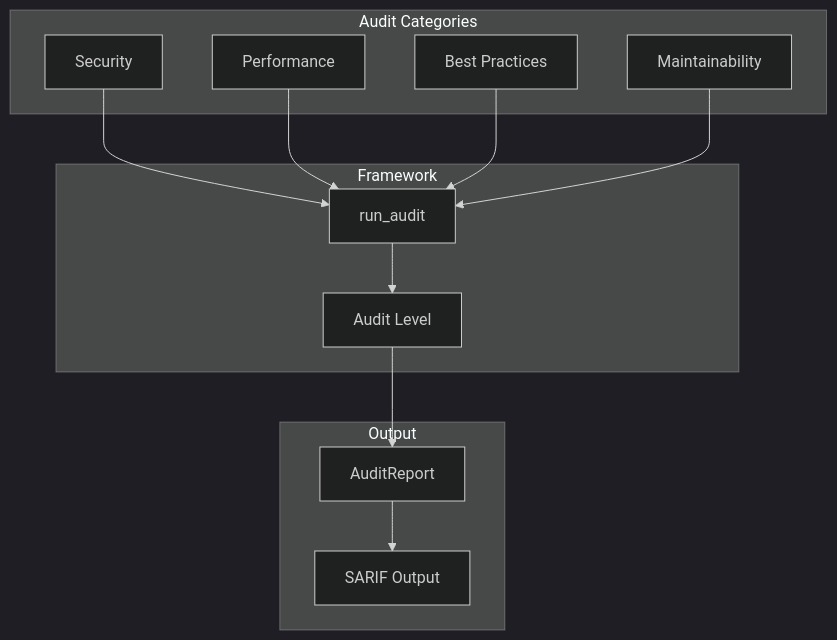
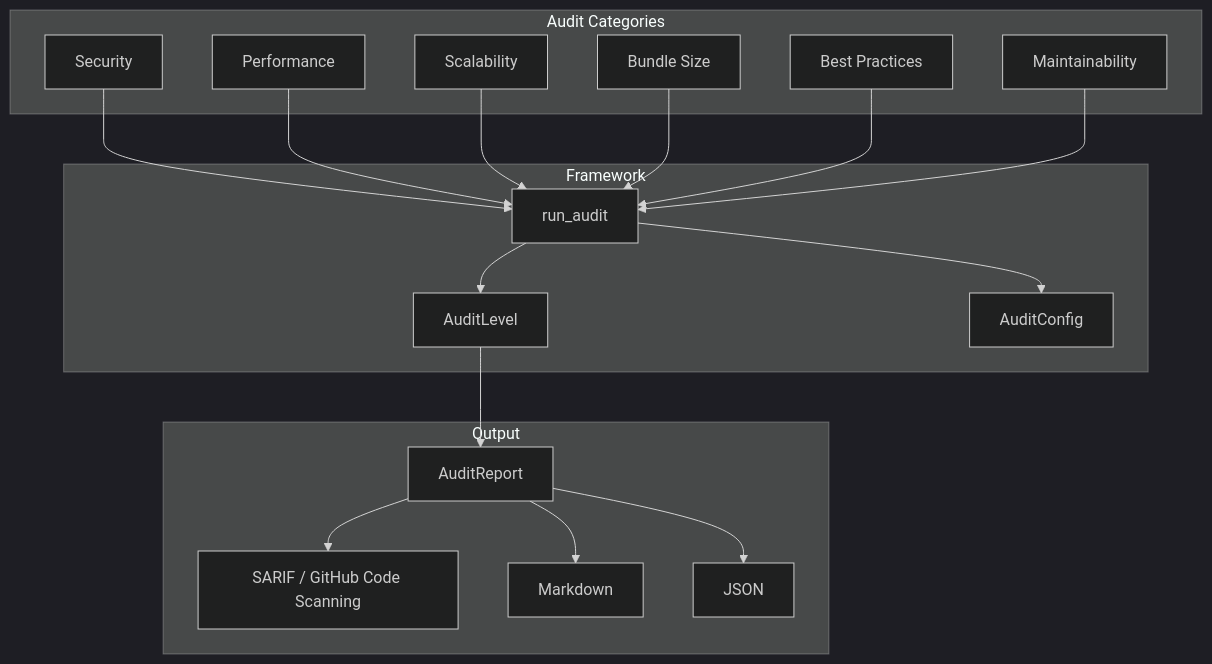
One commit to mattjaikaran/django-matt changed the diagram in docs/audits/overview.md. Above: the diagram before and after it, drawn with Mermaid (dark theme). The commit also changed other lines of this file and 82 other files, not shown here.

````diff
--- a/docs/audits/overview.md
+++ b/docs/audits/overview.md
@@ -5,27 +5,37 @@
 ```mermaid
 flowchart TB
     subgraph "Audit Categories"
         SEC[Security]
         PERF[Performance]
+        SCALE[Scalability]
+        BUNDLE[Bundle Size]
         BP[Best Practices]
         MAINT[Maintainability]
     end
 
     subgraph "Framework"
         RUN[run_audit]
-        LEVEL[Audit Level]
+        LEVEL[AuditLevel]
+        CONFIG[AuditConfig]
     end
 
     subgraph "Output"
         REPORT[AuditReport]
-        SARIF[SARIF Output]
+        SARIF[SARIF / GitHub Code Scanning]
+        MD[Markdown]
+        JSON[JSON]
     end
 
     SEC --> RUN
     PERF --> RUN
+    SCALE --> RUN
+    BUNDLE --> RUN
     BP --> RUN
     MAINT --> RUN
     RUN --> LEVEL
+    RUN --> CONFIG
     LEVEL --> REPORT
     REPORT --> SARIF
+    REPORT --> MD
+    REPORT --> JSON
 ```
````
